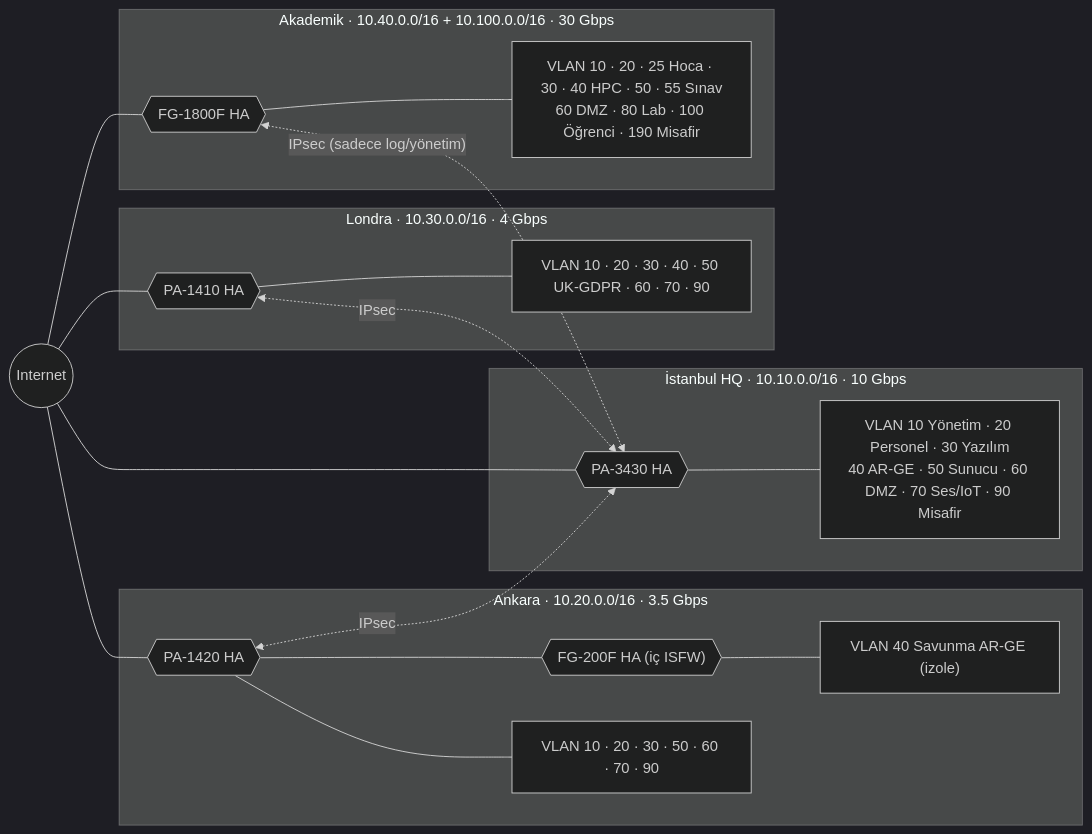
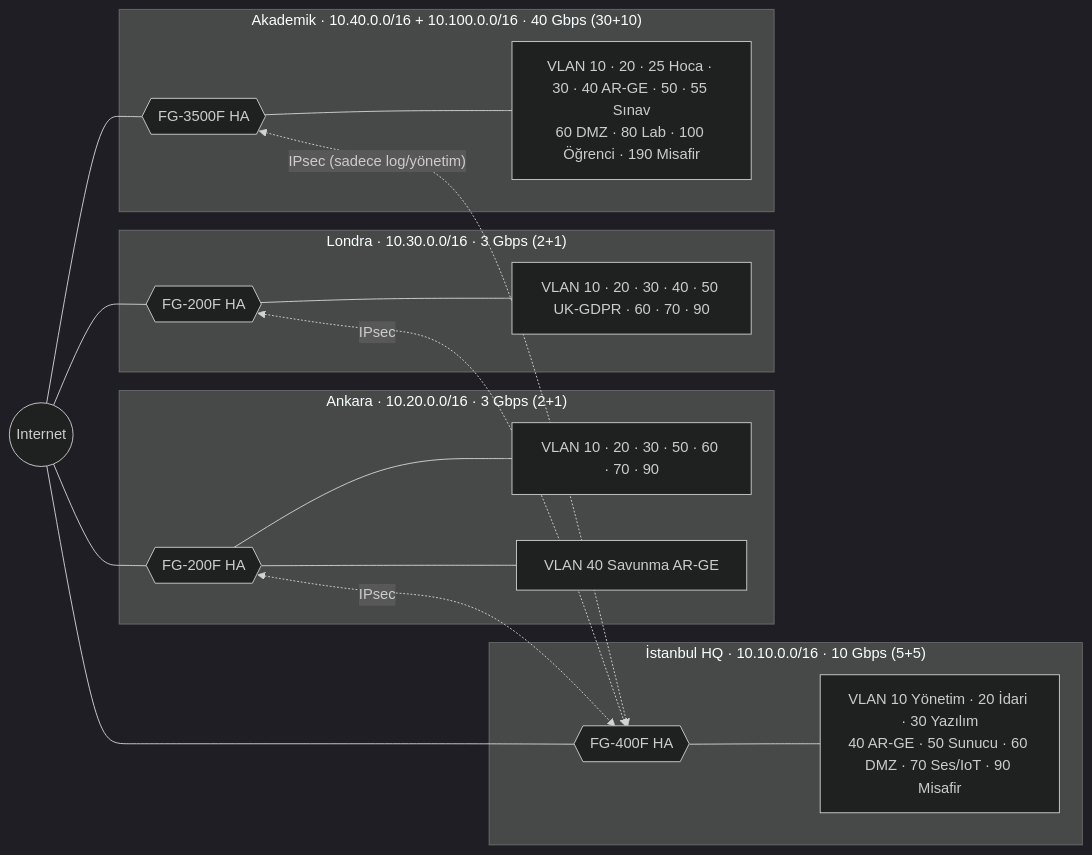
The first of 2 diagrams in README.md (kkaanozturk/firewall-dev), drawn with Mermaid (dark theme) before and after one commit. The commit also changed other lines of this file and 4 other files, not shown here.

````diff
--- a/README.md
+++ b/README.md
@@ -22,31 +25,30 @@
 ```mermaid
 flowchart LR
     NET((Internet))
-    subgraph IST["İstanbul HQ · 10.10.0.0/16 · 10 Gbps"]
-        ISTFW{{"PA-3430 HA"}}
-        ISTV["VLAN 10 Yönetim · 20 Personel · 30 Yazılım<br/>40 AR-GE · 50 Sunucu · 60 DMZ · 70 Ses/IoT · 90 Misafir"]
+    subgraph IST["İstanbul HQ · 10.10.0.0/16 · 10 Gbps (5+5)"]
+        ISTFW{{"FG-400F HA"}}
+        ISTV["VLAN 10 Yönetim · 20 İdari · 30 Yazılım<br/>40 AR-GE · 50 Sunucu · 60 DMZ · 70 Ses/IoT · 90 Misafir"]
         ISTFW --- ISTV
     end
-    subgraph ANK["Ankara · 10.20.0.0/16 · 3.5 Gbps"]
-        ANKFW{{"PA-1420 HA"}}
-        ISFW{{"FG-200F HA (iç ISFW)"}}
+    subgraph ANK["Ankara · 10.20.0.0/16 · 3 Gbps (2+1)"]
+        ANKFW{{"FG-200F HA"}}
         ANKV["VLAN 10 · 20 · 30 · 50 · 60 · 70 · 90"]
-        RND["VLAN 40 Savunma AR-GE (izole)"]
+        RND["VLAN 40 Savunma AR-GE"]
         ANKFW --- ANKV
-        ANKFW --- ISFW --- RND
+        ANKFW --- RND
     end
-    subgraph LON["Londra · 10.30.0.0/16 · 4 Gbps"]
-        LONFW{{"PA-1410 HA"}}
+    subgraph LON["Londra · 10.30.0.0/16 · 3 Gbps (2+1)"]
+        LONFW{{"FG-200F HA"}}
         LONV["VLAN 10 · 20 · 30 · 40 · 50 UK-GDPR · 60 · 70 · 90"]
         LONFW --- LONV
     end
-    subgraph AKA["Akademik · 10.40.0.0/16 + 10.100.0.0/16 · 30 Gbps"]
-        AKAFW{{"FG-1800F HA"}}
-        AKAV["VLAN 10 · 20 · 25 Hoca · 30 · 40 HPC · 50 · 55 Sınav<br/>60 DMZ · 80 Lab · 100 Öğrenci · 190 Misafir"]
+    subgraph AKA["Akademik · 10.40.0.0/16 + 10.100.0.0/16 · 40 Gbps (30+10)"]
+        AKAFW{{"FG-3500F HA"}}
+        AKAV["VLAN 10 · 20 · 25 Hoca · 30 · 40 AR-GE · 50 · 55 Sınav<br/>60 DMZ · 80 Lab · 100 Öğrenci · 190 Misafir"]
         AKAFW --- AKAV
     end
     NET --- ISTFW & ANKFW & LONFW & AKAFW
     ANKFW <-. "IPsec" .-> ISTFW
     LONFW <-. "IPsec" .-> ISTFW
     AKAFW <-. "IPsec (sadece log/yönetim)" .-> ISTFW
 ```
````
